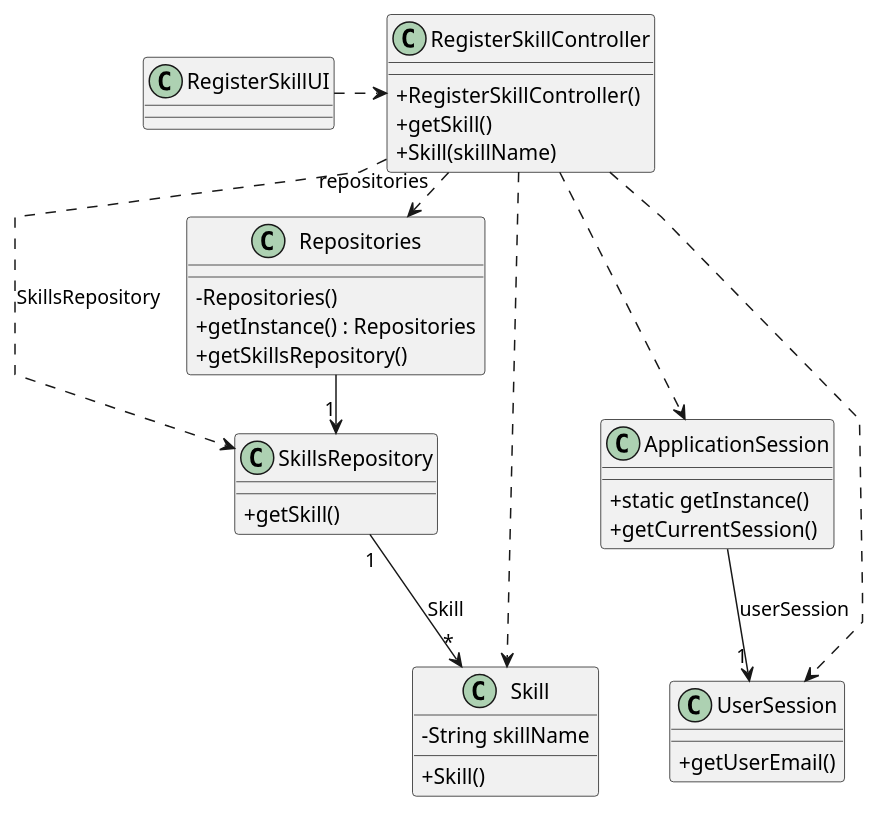
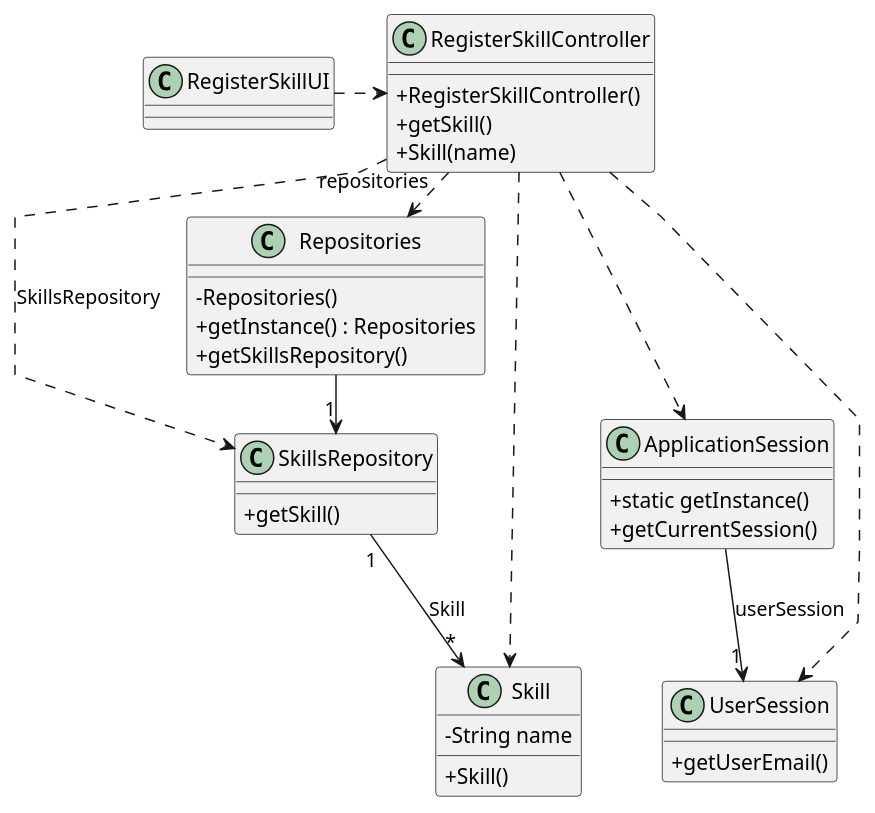
The diagram in docs/sprint2/us001/03.design/puml/us001-class-diagram.puml (1231360-ISEP/lei-24-s2-1db-g021), drawn with PlantUML before and after one commit. The commit also changed 36 other files, not shown here.

Commit message:
Update Domain Model All User Stories - correction of skillName - name jobName - name

```diff
--- a/docs/sprint2/us001/03.design/puml/us001-class-diagram.puml
+++ b/docs/sprint2/us001/03.design/puml/us001-class-diagram.puml
@@ -1,59 +1,59 @@
 @startuml
 skinparam packageStyle rectangle
 skinparam shadowing false
 skinparam linetype polyline
 skinparam classAttributeIconSize 0
 
 class ApplicationSession
 {
     + static getInstance()
     + getCurrentSession()
 }
 
 class UserSession
 {
     + getUserEmail()
 }
 
 class Skill {
-    - String skillName
+    - String name
     + Skill()
 }
 
 class SkillsRepository {
     + getSkill()
 }
 
 class Repositories {
     - Repositories()
     + getInstance() : Repositories
     + getSkillsRepository()
 }
 
 class RegisterSkillController {
     + RegisterSkillController()
     + getSkill()
-    + Skill(skillName)
+    + Skill(name)
 }
 
 class RegisterSkillUI {
 }
 
 RegisterSkillUI .> RegisterSkillController
 
 RegisterSkillController .> Repositories : repositories
 
 Repositories -> "1" SkillsRepository
 
 RegisterSkillController ..> Skill
 RegisterSkillController ..> SkillsRepository : SkillsRepository
 
 
 ApplicationSession --> "1" UserSession : userSession
 
 RegisterSkillController ..> ApplicationSession
 RegisterSkillController ..> UserSession
 SkillsRepository "1" --> "*" Skill : Skill
 
 
 @enduml
```
